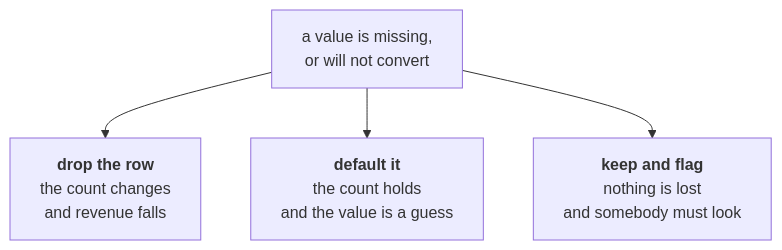
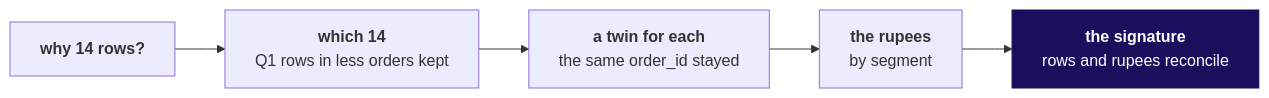
The third of 6 diagrams in content/W01/D3/slides/C2_W01_D03_half2_STUDENT.md (fde-academy-lab/c2-content-factory), drawn with Mermaid before and after one commit. The commit also changed other lines of this file and 3 other files, not shown here.

````diff
--- a/content/W01/D3/slides/C2_W01_D03_half2_STUDENT.md
+++ b/content/W01/D3/slides/C2_W01_D03_half2_STUDENT.md
@@ -48,7 +144,9 @@
 ```mermaid
-flowchart TB
-    A["a value is missing,<br/>or will not convert"]
-    A --> B["<b>drop the row</b><br/>the count changes<br/>and revenue falls"]
-    A --> C["<b>default it</b><br/>the count holds<br/>and the value is a guess"]
-    A --> D["<b>keep and flag</b><br/>nothing is lost<br/>and somebody must look"]
+flowchart LR
+    Q["<b>why 14 rows?</b>"] --> W["<b>which 14</b><br/>Q1 rows in less orders kept"]
+    W --> T["<b>a twin for each</b><br/>the same order_id stayed"]
+    T --> R["<b>the rupees</b><br/>by segment"]
+    R --> S["<b>the signature</b><br/>rows and rupees reconcile"]
+    classDef bet fill:#1A0F5C,stroke:#1A0F5C,color:#FFFFFF
+    class S bet
 ```
````
